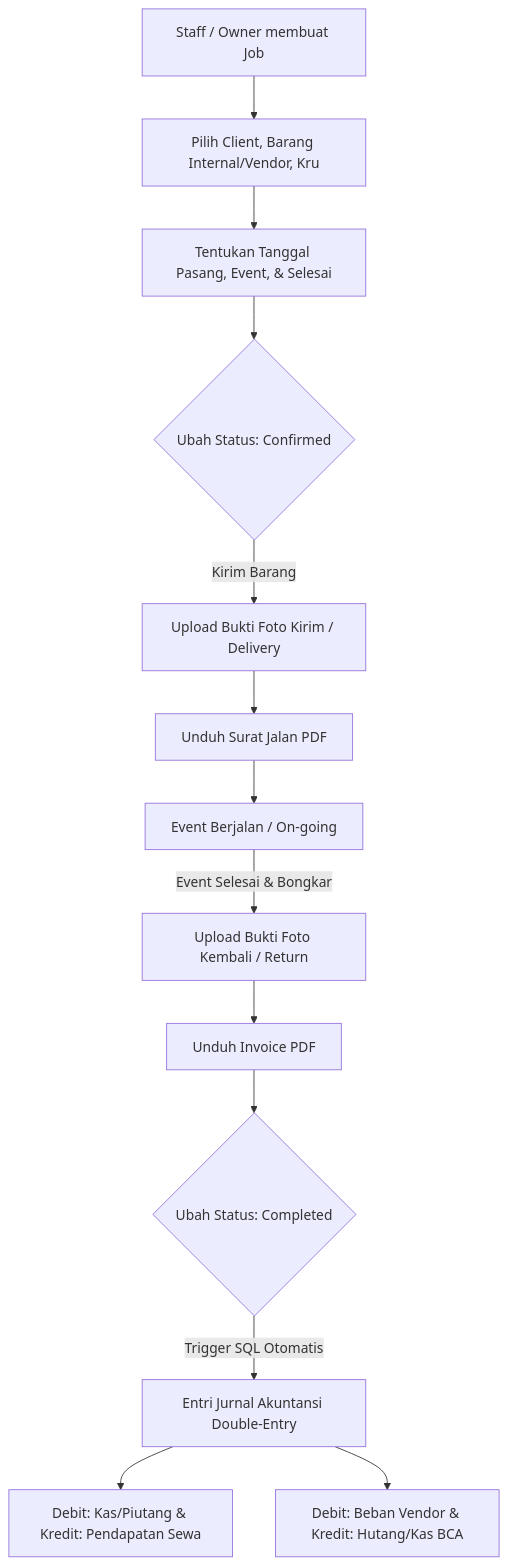
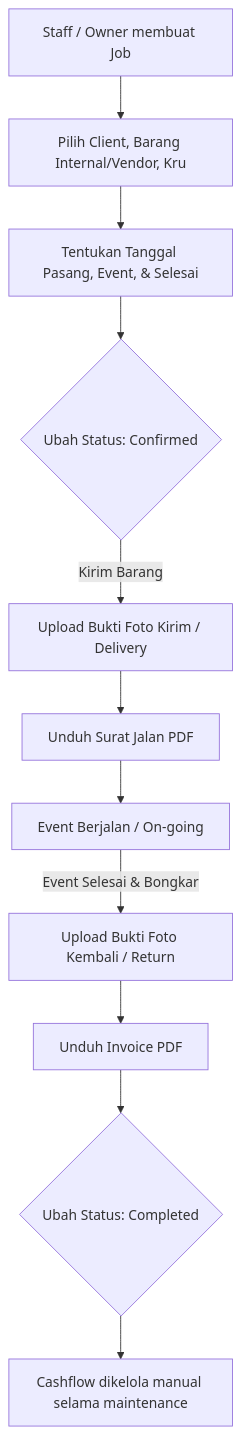
Before and after one commit to Nanzzyy/Beragam-Sewa-Bali-Web-Profile: the diagram in apps/dashboard/implementation.md, drawn with Mermaid. The commit also changed other lines of this file and 13 other files, not shown here.

````diff
--- a/apps/dashboard/implementation.md
+++ b/apps/dashboard/implementation.md
@@ -71,15 +73,13 @@
 ```mermaid
 graph TD
     A[Staff / Owner membuat Job] --> B[Pilih Client, Barang Internal/Vendor, Kru]
     B --> C[Tentukan Tanggal Pasang, Event, & Selesai]
     C --> D{Ubah Status: Confirmed}
     D -->|Kirim Barang| E[Upload Bukti Foto Kirim / Delivery]
     E --> F[Unduh Surat Jalan PDF]
     F --> G[Event Berjalan / On-going]
     G -->|Event Selesai & Bongkar| H[Upload Bukti Foto Kembali / Return]
     H --> I[Unduh Invoice PDF]
     I --> J{Ubah Status: Completed}
-    J -->|Trigger SQL Otomatis| K[Entri Jurnal Akuntansi Double-Entry]
-    K --> L[Debit: Kas/Piutang & Kredit: Pendapatan Sewa]
-    K --> M[Debit: Beban Vendor & Kredit: Hutang/Kas BCA]
+    J --> K[Cashflow dikelola manual selama maintenance]
 ```
````
